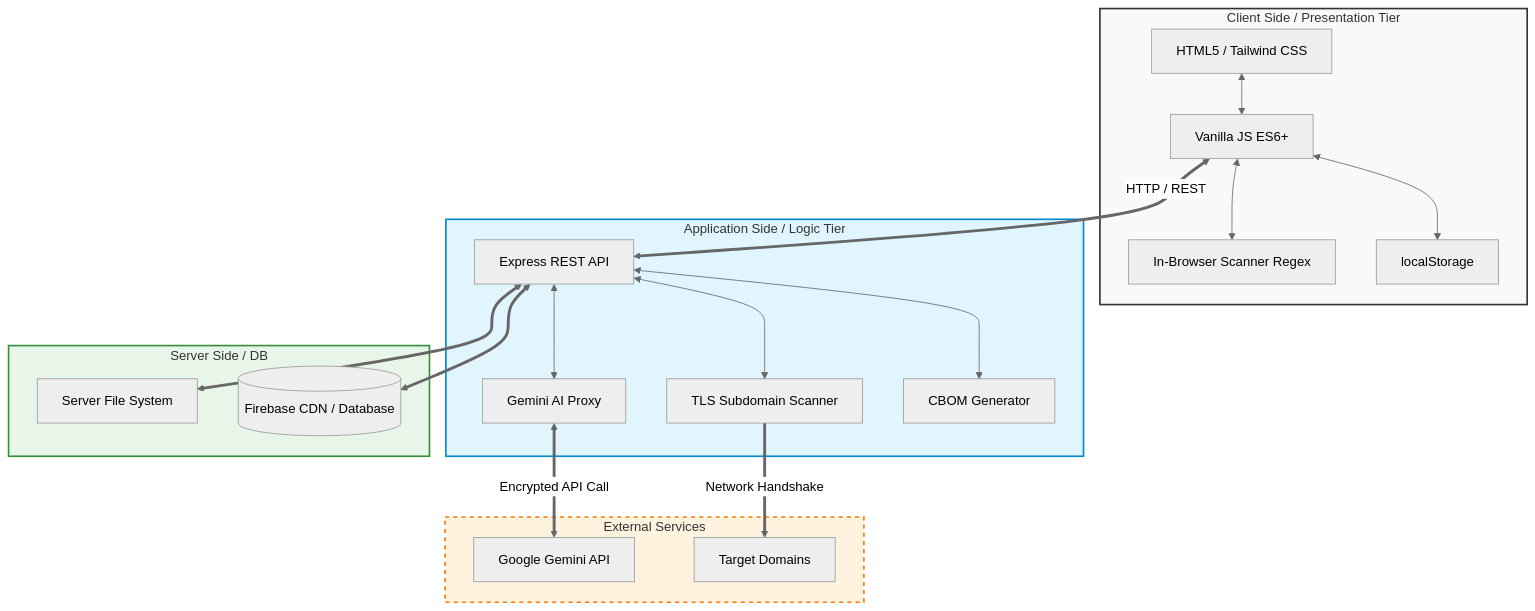
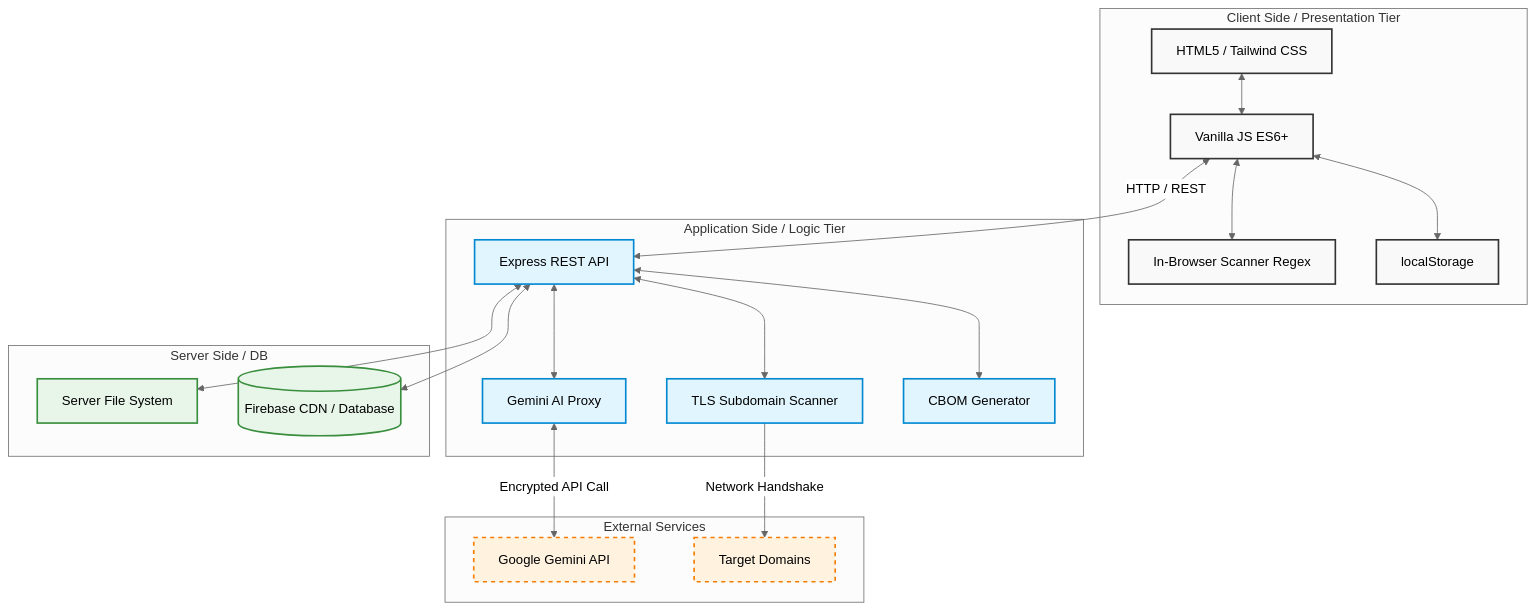
Before and after one commit to riosn3047L/Quantum_gua: the diagram in docs/01_System_Architecture.md, drawn with Mermaid (neutral theme). The commit also changed 2 other files, not shown here.

````diff
--- a/docs/01_System_Architecture.md
+++ b/docs/01_System_Architecture.md
@@ -6,51 +6,51 @@
 ```mermaid
 flowchart TD
     %% Define Styles
     classDef client fill:#f9f9f9,stroke:#333,stroke-width:2px;
     classDef server fill:#e1f5fe,stroke:#0288d1,stroke-width:2px;
     classDef data fill:#e8f5e9,stroke:#388e3c,stroke-width:2px;
     classDef external fill:#fff3e0,stroke:#f57c00,stroke-width:2px,stroke-dasharray: 5 5;
 
     subgraph Tier1 [Client Side / Presentation Tier]
         UI[HTML5 / Tailwind CSS]
         Logic[Vanilla JS ES6+]
         ScannerClient[In-Browser Scanner Regex]
         State[localStorage]
         UI <--> Logic
         Logic <--> ScannerClient
         Logic <--> State
     end
 
     subgraph Tier2 [Application Side / Logic Tier]
         API[Express REST API]
         TLS[TLS Subdomain Scanner]
         AIProxy[Gemini AI Proxy]
         CBOM[CBOM Generator]
         API <--> TLS
         API <--> AIProxy
         API <--> CBOM
     end
 
     subgraph Tier3 [Server Side / DB]
         FileSystem[Server File System]
         Firebase[(Firebase CDN / Database)]
     end
 
     subgraph External [External Services]
         Gemini[Google Gemini API]
         Target[Target Domains]
     end
 
     %% Connections
-    Logic <==>|HTTP / REST| API
-    AIProxy <==>|Encrypted API Call| Gemini
-    TLS ==>|Network Handshake| Target
-    API <==> FileSystem
-    API <==> Firebase
+    Logic <-->|HTTP / REST| API
+    AIProxy <-->|Encrypted API Call| Gemini
+    TLS -->|Network Handshake| Target
+    API <--> FileSystem
+    API <--> Firebase
 
     %% Apply Styles
-    class Tier1 client;
-    class Tier2 server;
-    class Tier3 data;
-    class External external;
+    class UI,Logic,ScannerClient,State client;
+    class API,TLS,AIProxy,CBOM server;
+    class FileSystem,Firebase data;
+    class Gemini,Target external;
 ```
````
